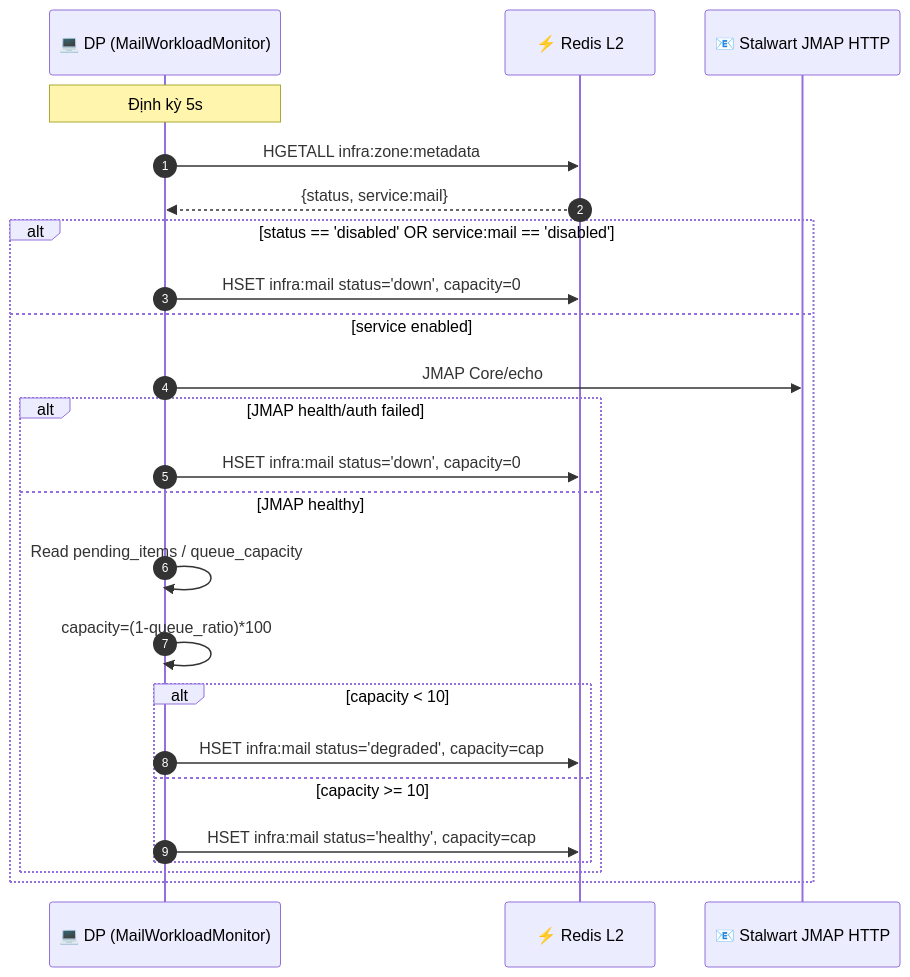
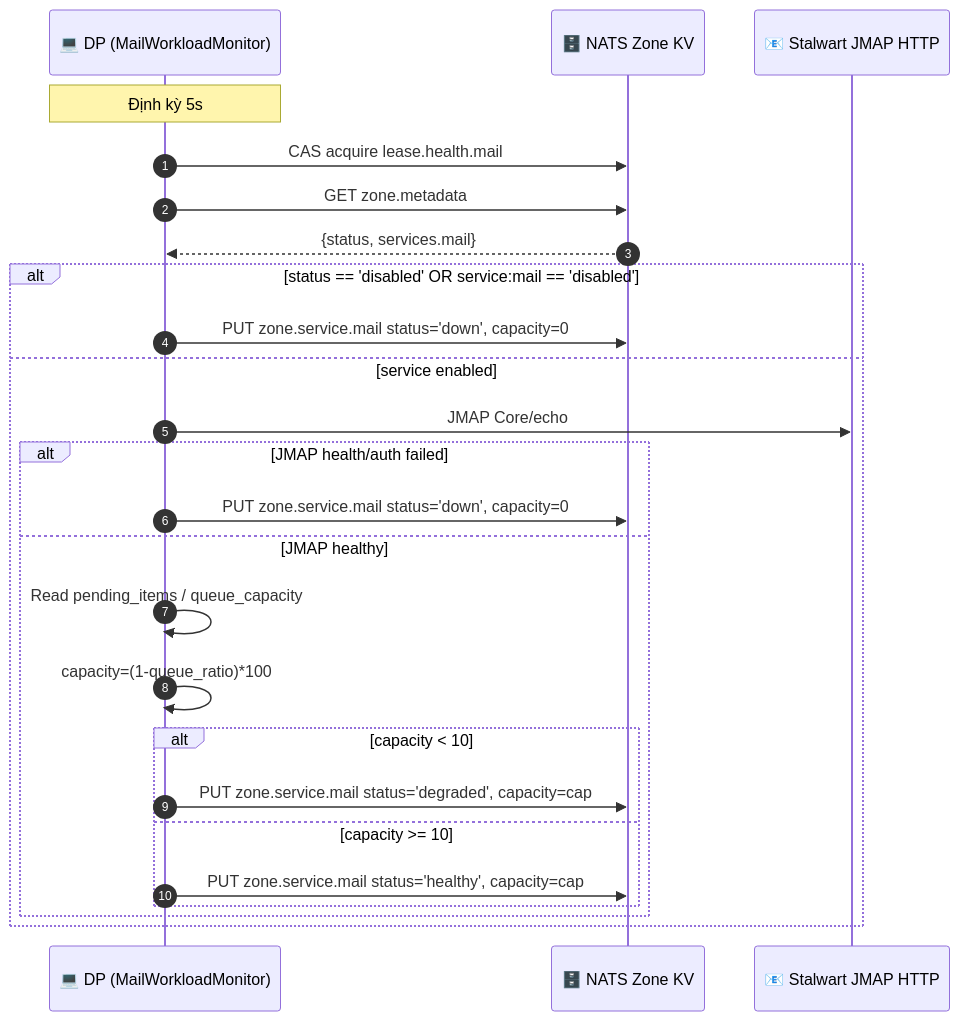
Before and after one commit to phucle996/aurora: diagram 16 of 21 in god_view/hierarchy/zone_lifecycle_god_view.md, drawn with Mermaid. The commit also changed other lines of this file and 77 other files, not shown here.

Commit message:
feat: implement mail runtime health monitoring with zone KV lease management and projection tombstones

````diff
--- a/god_view/hierarchy/zone_lifecycle_god_view.md
+++ b/god_view/hierarchy/zone_lifecycle_god_view.md
@@ -846,28 +848,29 @@
 ```mermaid
 sequenceDiagram
     autonumber
     participant DP as 💻 DP (MailWorkloadMonitor)
-    participant L2 as ⚡ Redis L2
+    participant KV as 🗄️ NATS Zone KV
     participant SW as 📧 Stalwart JMAP HTTP
 
     Note over DP: Định kỳ 5s
-    DP->>L2: HGETALL infra:zone:metadata
-    L2-->>DP: {status, service:mail}
+    DP->>KV: CAS acquire lease.health.mail
+    DP->>KV: GET zone.metadata
+    KV-->>DP: {status, services.mail}
 
     alt status == 'disabled' OR service:mail == 'disabled'
-        DP->>L2: HSET infra:mail status='down', capacity=0
+        DP->>KV: PUT zone.service.mail status='down', capacity=0
     else service enabled
         DP->>SW: JMAP Core/echo
         alt JMAP health/auth failed
-            DP->>L2: HSET infra:mail status='down', capacity=0
+            DP->>KV: PUT zone.service.mail status='down', capacity=0
         else JMAP healthy
             DP->>DP: Read pending_items / queue_capacity
             DP->>DP: capacity=(1-queue_ratio)*100
             alt capacity < 10
-                DP->>L2: HSET infra:mail status='degraded', capacity=cap
+                DP->>KV: PUT zone.service.mail status='degraded', capacity=cap
             else capacity >= 10
-                DP->>L2: HSET infra:mail status='healthy', capacity=cap
+                DP->>KV: PUT zone.service.mail status='healthy', capacity=cap
             end
         end
     end
 ```
````
